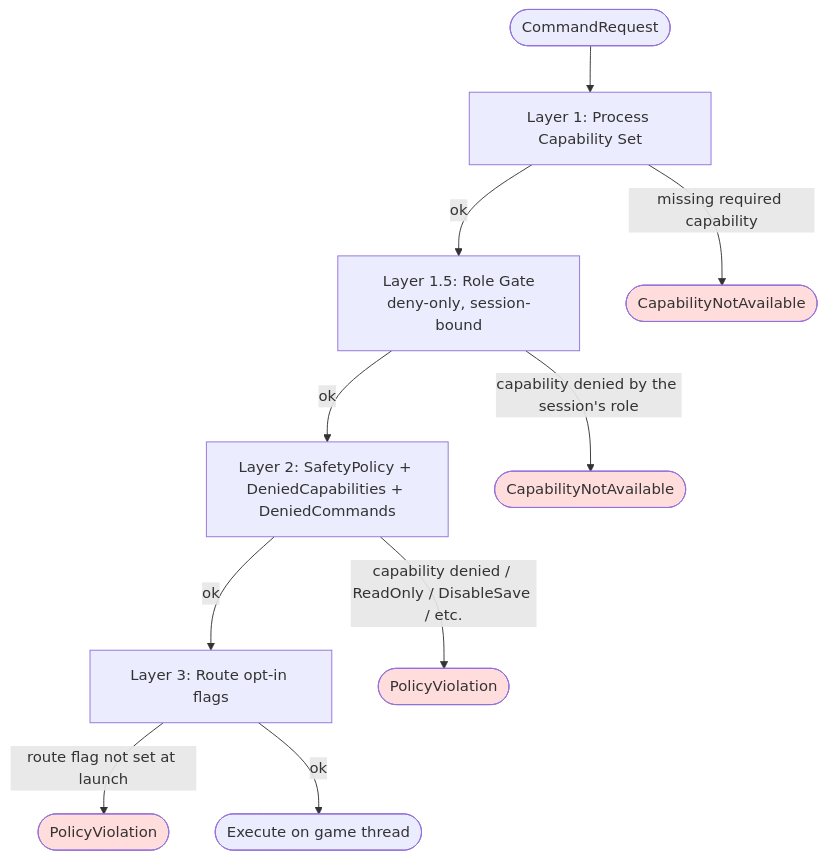
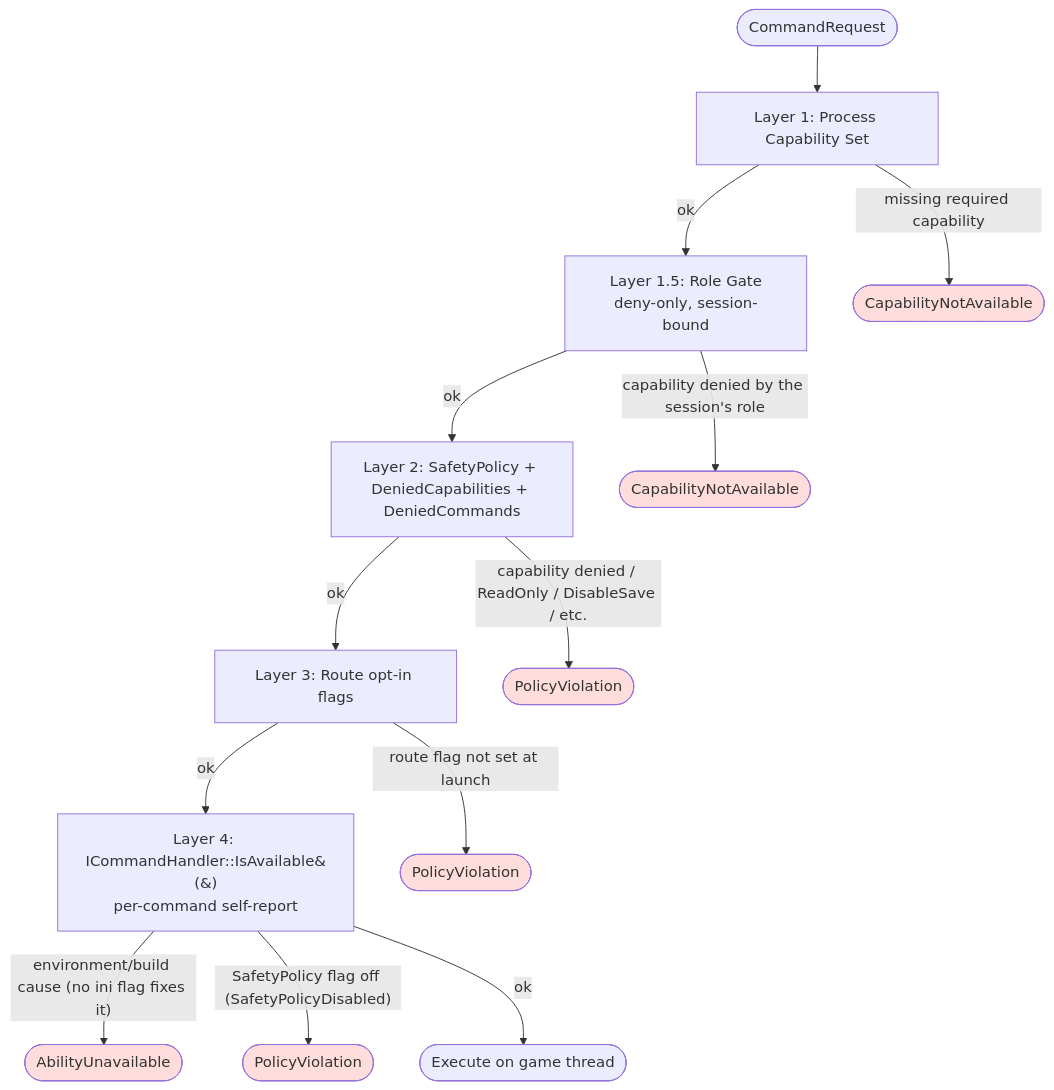
One commit to Naotsun19B/UnrealAIIntegrationPlatform-Document changed the first of 2 diagrams in docs/en/safety.md. Above: the diagram before and after it, drawn with Mermaid. The commit also changed other lines of this file and 7 other files, not shown here.

````diff
--- a/docs/en/safety.md
+++ b/docs/en/safety.md
@@ -20,24 +23,30 @@
 ```mermaid
 flowchart TB
     Cmd([CommandRequest])
     L1[Layer 1: Process Capability Set]
     L15[Layer 1.5: Role Gate<br/>deny-only, session-bound]
     L2[Layer 2: SafetyPolicy + DeniedCapabilities + DeniedCommands]
     L3[Layer 3: Route opt-in flags]
+    L4[Layer 4: ICommandHandler::IsAvailable&#40;&#41;<br/>per-command self-report]
     Exec([Execute on game thread])
 
     Cmd --> L1
     L1 -- "missing required capability" --> E1([CapabilityNotAvailable])
     L1 -- ok --> L15
     L15 -- "capability denied by the session's role" --> E15([CapabilityNotAvailable])
     L15 -- ok --> L2
     L2 -- "capability denied / ReadOnly / DisableSave / etc." --> E2([PolicyViolation])
     L2 -- ok --> L3
     L3 -- "route flag not set at launch" --> E3([PolicyViolation])
-    L3 -- ok --> Exec
+    L3 -- ok --> L4
+    L4 -- "environment/build cause (no ini flag fixes it)" --> E4a([AbilityUnavailable])
+    L4 -- "SafetyPolicy flag off (SafetyPolicyDisabled)" --> E4b([PolicyViolation])
+    L4 -- ok --> Exec
 
     style E1 fill:#fdd
     style E15 fill:#fdd
     style E2 fill:#fdd
     style E3 fill:#fdd
+    style E4a fill:#fdd
+    style E4b fill:#fdd
 ```
````
